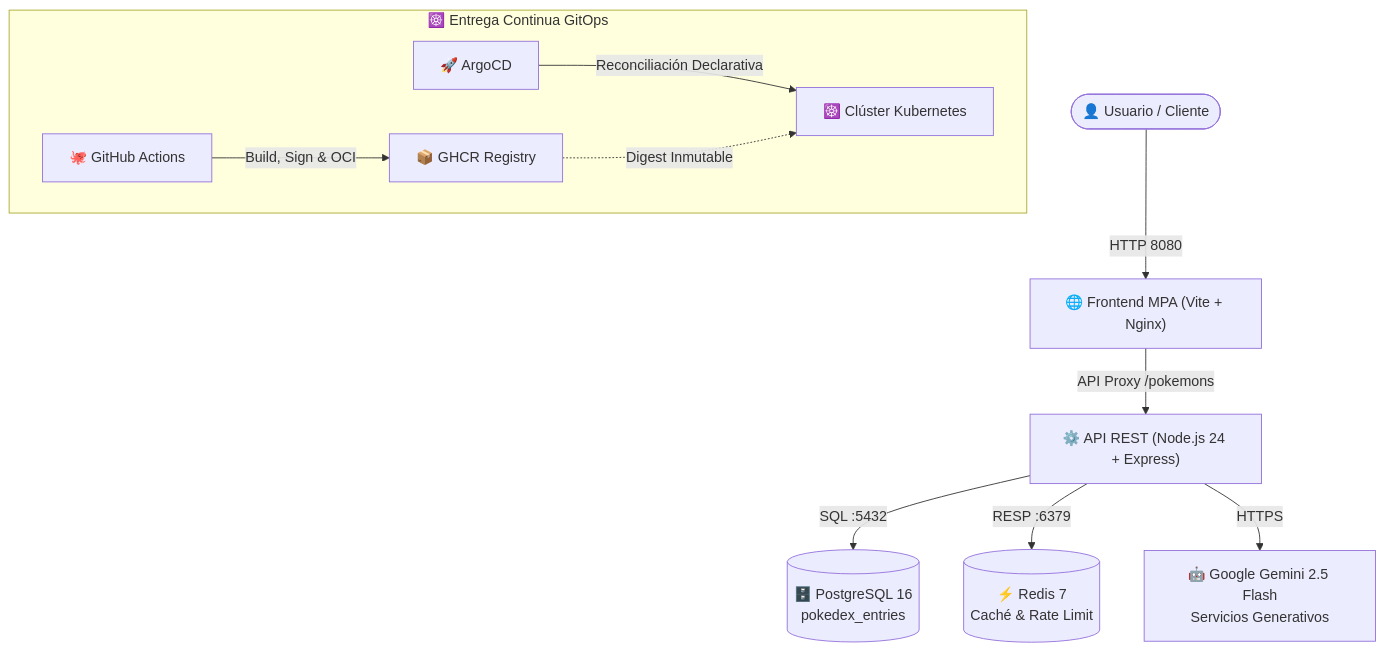
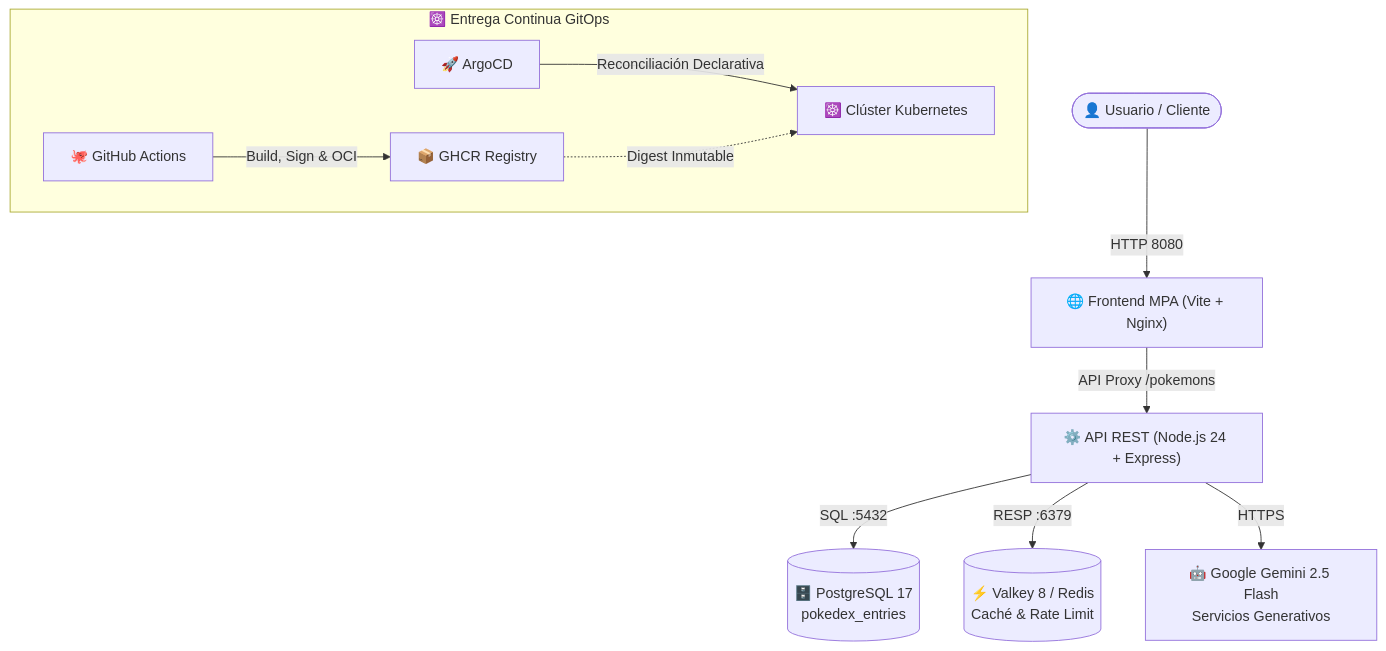
One commit to rocapellino/pokedex changed the diagram in README.md. Above: the diagram before and after it, drawn with Mermaid. The commit also changed other lines of this file and 27 other files, not shown here.

First line of the commit message:
chore(architecture): consolidar deudas estructurales de segunda generación y contratos compartidos (#891)

````diff
--- a/README.md
+++ b/README.md
@@ -61,14 +60,14 @@
 ```mermaid
 flowchart TD
     Client(["👤 Usuario / Cliente"]) -->|HTTP 8080| Web["🌐 Frontend MPA (Vite + Nginx)"]
     Web -->|API Proxy /pokemons| API["⚙️ API REST (Node.js 24 + Express)"]
-    API -->|SQL :5432| DB[("🗄️ PostgreSQL 16\npokedex_entries")]
-    API -->|RESP :6379| Cache[("⚡ Redis 7\nCaché & Rate Limit")]
+    API -->|SQL :5432| DB[("🗄️ PostgreSQL 17\npokedex_entries")]
+    API -->|RESP :6379| Cache[("⚡ Valkey 8 / Redis\nCaché & Rate Limit")]
     API -->|HTTPS| AI["🤖 Google Gemini 2.5 Flash\nServicios Generativos"]
 
     subgraph GitOps_Flow ["☸️ Entrega Continua GitOps"]
         GHA["🐙 GitHub Actions"] -->|Build, Sign & OCI| GHCR["📦 GHCR Registry"]
         Argo["🚀 ArgoCD"] -->|Reconciliación Declarativa| K8s["☸️ Clúster Kubernetes"]
         GHCR -.->|Digest Inmutable| K8s
     end
 ```
````
